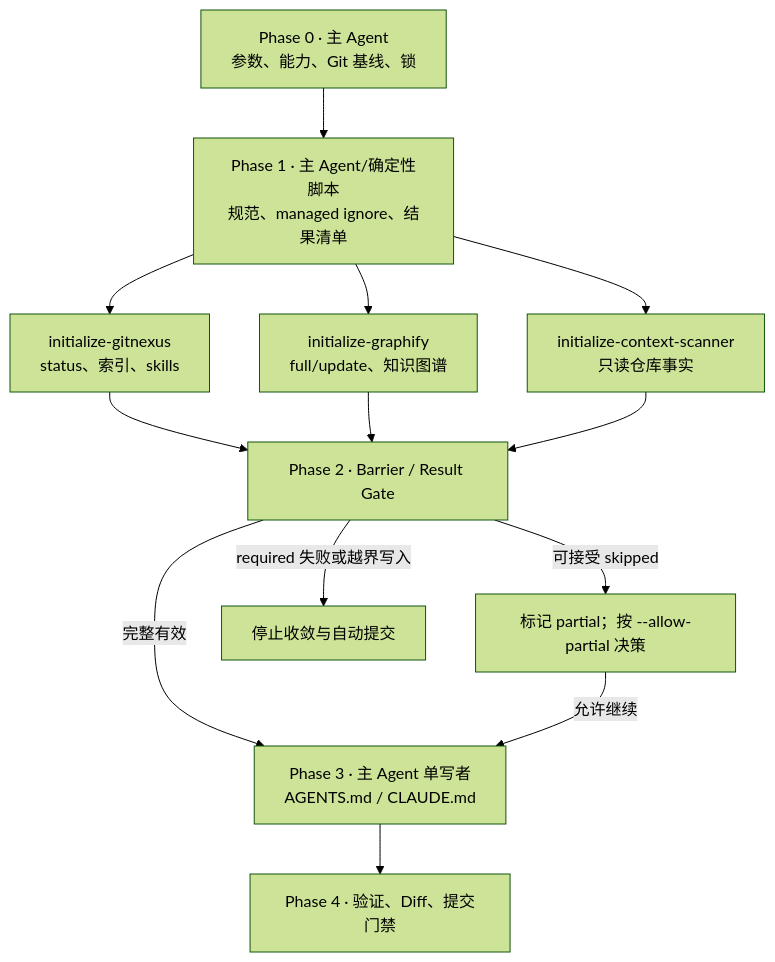
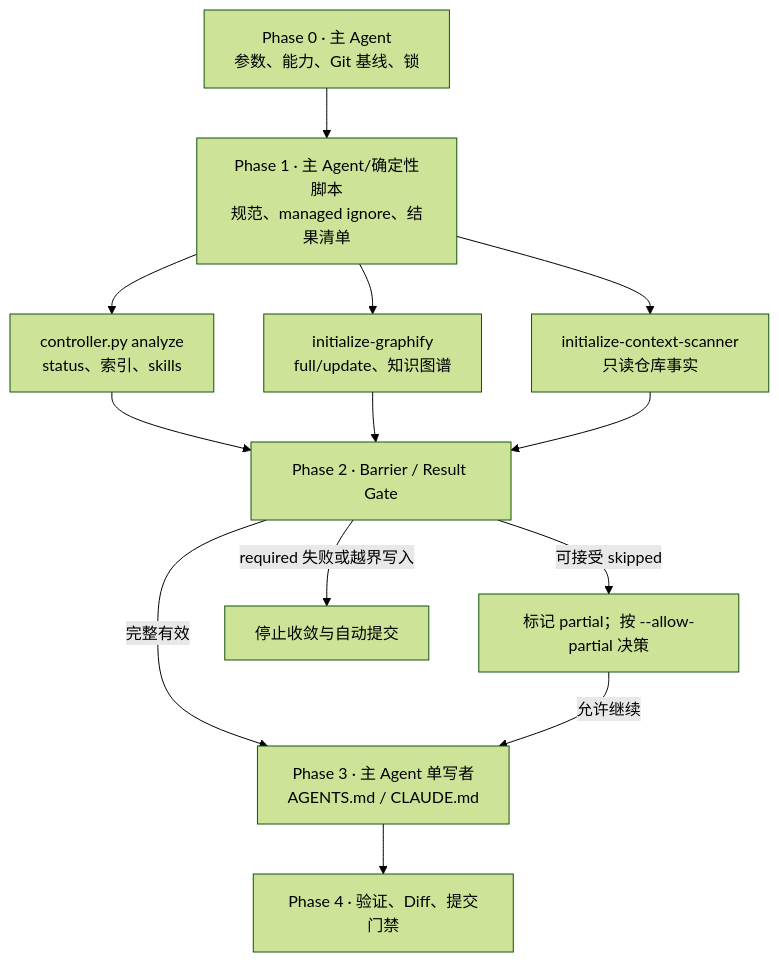
Before and after one commit to luming1617/CodeKit: the diagram in skills/initialize/SKILL.md, drawn with Mermaid (forest theme). The commit also changed other lines of this file and 17 other files, not shown here.

````diff
--- a/skills/initialize/SKILL.md
+++ b/skills/initialize/SKILL.md
@@ -50,15 +51,15 @@
 ```mermaid
 flowchart TD
     P0["Phase 0 · 主 Agent<br/>参数、能力、Git 基线、锁"] --> P1["Phase 1 · 主 Agent/确定性脚本<br/>规范、managed ignore、结果清单"]
-    P1 --> GN["initialize-gitnexus<br/>status、索引、skills"]
+    P1 --> GN["controller.py analyze<br/>status、索引、skills"]
     P1 --> GF["initialize-graphify<br/>full/update、知识图谱"]
     P1 --> CS["initialize-context-scanner<br/>只读仓库事实"]
     GN --> GATE["Phase 2 · Barrier / Result Gate"]
     GF --> GATE
     CS --> GATE
     GATE -->|完整有效| CTX["Phase 3 · 主 Agent 单写者<br/>AGENTS.md / CLAUDE.md"]
     GATE -->|可接受 skipped| PARTIAL["标记 partial；按 --allow-partial 决策"]
     GATE -->|required 失败或越界写入| STOP["停止收敛与自动提交"]
     PARTIAL -->|允许继续| CTX
     CTX --> P4["Phase 4 · 验证、Diff、提交门禁"]
 ```
````
